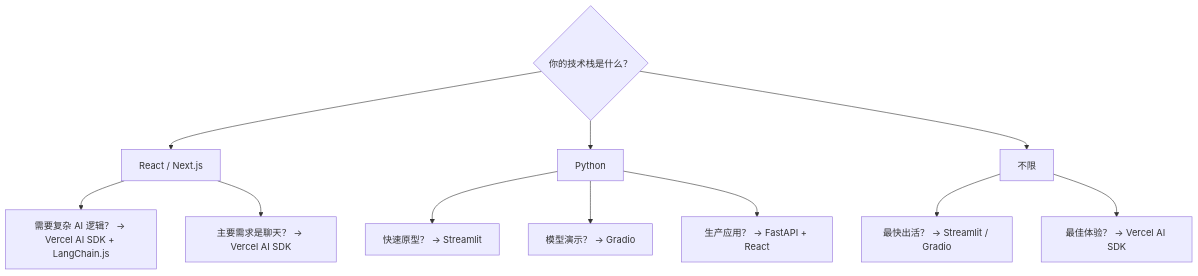
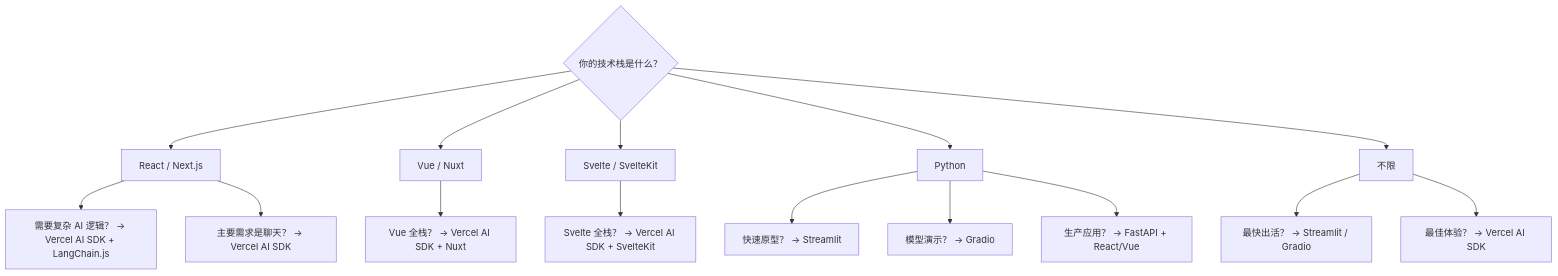
One commit to wqwz111/Tech-Researcher changed the diagram in reports/frameworks/ai-frontend.md. Above: the diagram before and after it, drawn with Mermaid. The commit also changed other lines of this file and 27 other files, not shown here.

````diff
--- a/reports/frameworks/ai-frontend.md
+++ b/reports/frameworks/ai-frontend.md
@@ -469,24 +611,34 @@
 ```mermaid
 graph TD
     Q{"你的技术栈是什么？"}
     REACT["React / Next.js"]
+    VUE["Vue / Nuxt"]
+    SVELTE["Svelte / SvelteKit"]
     PYTHON["Python"]
     ANY["不限"]
+
     C1["需要复杂 AI 逻辑？ → Vercel AI SDK + LangChain.js"]
     C2["主要需求是聊天？ → Vercel AI SDK"]
+    V1["Vue 全栈？ → Vercel AI SDK + Nuxt"]
+    S1["Svelte 全栈？ → Vercel AI SDK + SvelteKit"]
     P1["快速原型？ → Streamlit"]
     P2["模型演示？ → Gradio"]
-    P3["生产应用？ → FastAPI + React"]
+    P3["生产应用？ → FastAPI + React/Vue"]
     A1["最快出活？ → Streamlit / Gradio"]
     A2["最佳体验？ → Vercel AI SDK"]
+
     Q --> REACT
+    Q --> VUE
+    Q --> SVELTE
     Q --> PYTHON
     Q --> ANY
     REACT --> C1
     REACT --> C2
+    VUE --> V1
+    SVELTE --> S1
     PYTHON --> P1
     PYTHON --> P2
     PYTHON --> P3
     ANY --> A1
     ANY --> A2
 ```
````
